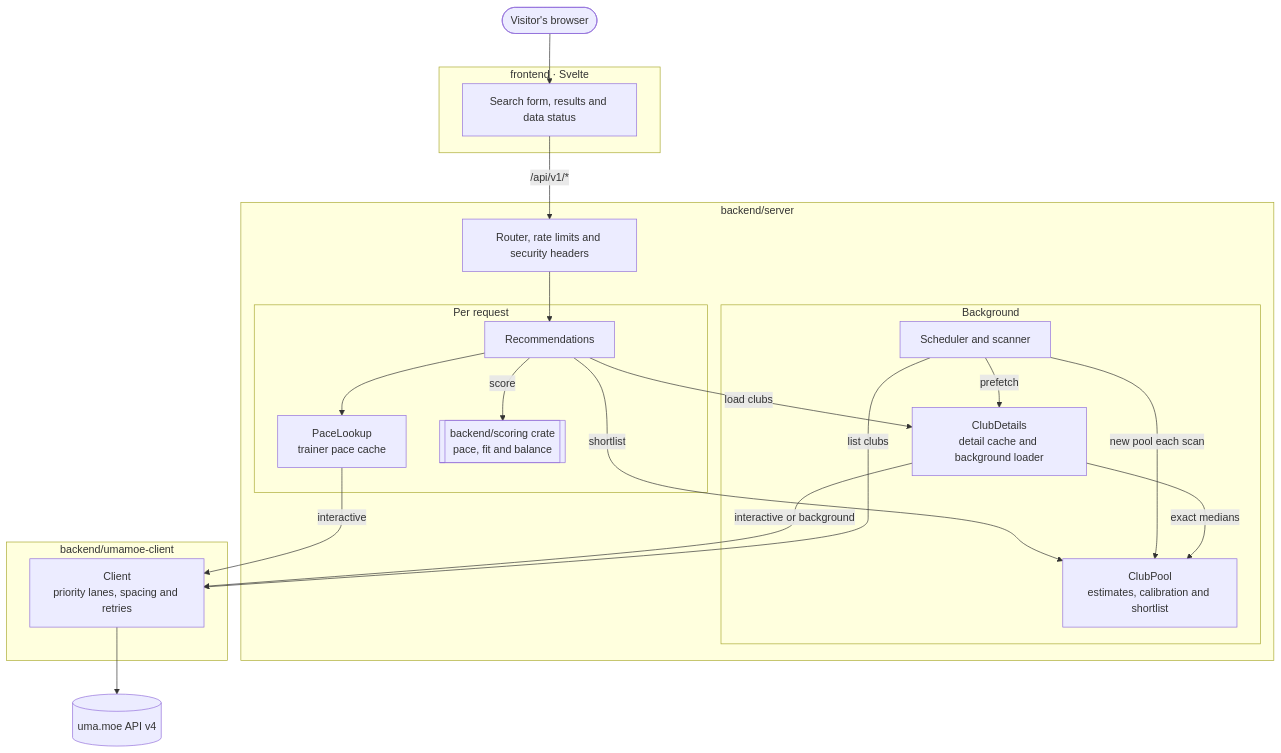
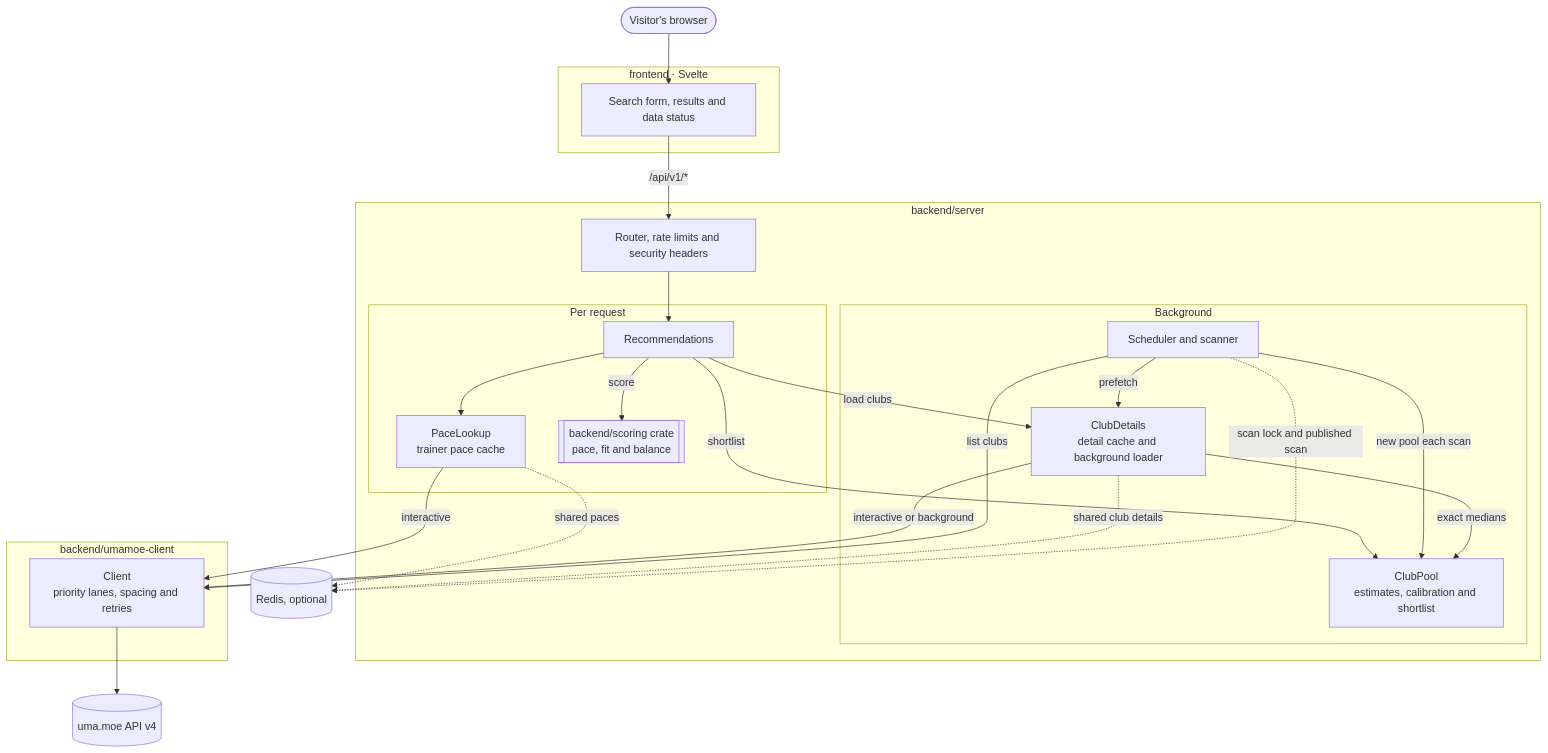
One commit to AbnormallyGrim/uma-stable-match changed the diagram in ARCHITECTURE.md. Above: the diagram before and after it, drawn with Mermaid. The commit also changed other lines of this file and 3 other files, not shown here.

Commit message:
docs: update the docs for the Redis shared cache (#41) (#106)

````diff
--- a/ARCHITECTURE.md
+++ b/ARCHITECTURE.md
@@ -5,43 +5,47 @@
 ```mermaid
 flowchart TB
     visitor([Visitor's browser])
 
     subgraph frontend [frontend · Svelte]
         ui[Search form, results and data status]
     end
 
     subgraph server [backend/server]
         router[Router, rate limits and security headers]
         subgraph requests [Per request]
             recs[Recommendations]
             paces[PaceLookup<br/>trainer pace cache]
             scoring[[backend/scoring crate<br/>pace, fit and balance]]
         end
         subgraph shared [Background]
             scanner[Scheduler and scanner]
             pool[ClubPool<br/>estimates, calibration and shortlist]
             details[ClubDetails<br/>detail cache and background loader]
         end
     end
 
     subgraph client [backend/umamoe-client]
         api[Client<br/>priority lanes, spacing and retries]
     end
 
     umamoe[(uma.moe API v4)]
+    redis[(Redis, optional)]
 
     visitor --> ui
     ui -- "/api/v1/*" --> router
     router --> recs
     recs --> paces
     recs -- "shortlist" --> pool
     recs -- "load clubs" --> details
     recs -- "score" --> scoring
     scanner -- "new pool each scan" --> pool
     scanner -- "prefetch" --> details
     details -- "exact medians" --> pool
     paces -- "interactive" --> api
     details -- "interactive or background" --> api
     scanner -- "list clubs" --> api
     api --> umamoe
+    paces -. "shared paces" .-> redis
+    details -. "shared club details" .-> redis
+    scanner -. "scan lock and published scan" .-> redis
 ```
````
